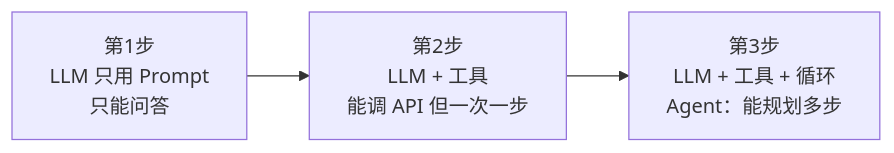
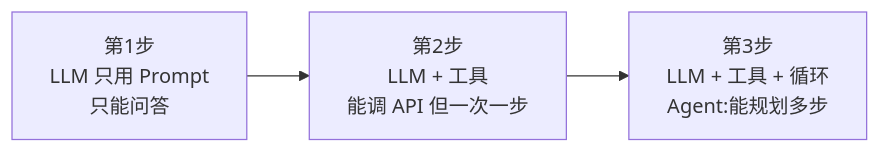
Before and after one commit to xiaobo1997/programmer-knowledge-graph: the diagram in docs/ai/入门层/从零开始认识AI系列/2_为什么需要Agent.md, drawn with Mermaid. The commit also changed other lines of this file and 217 other files, not shown here.

````diff
--- a/docs/ai/入门层/从零开始认识AI系列/2_为什么需要Agent.md
+++ b/docs/ai/入门层/从零开始认识AI系列/2_为什么需要Agent.md
@@ -43,5 +47,5 @@
 ```mermaid
 flowchart LR
     A[第1步<br/>LLM 只用 Prompt<br/>只能问答] --> B[第2步<br/>LLM + 工具<br/>能调 API 但一次一步]
-    B --> C[第3步<br/>LLM + 工具 + 循环<br/>Agent：能规划多步]
+    B --> C[第3步<br/>LLM + 工具 + 循环<br/>Agent:能规划多步]
 ```
````
